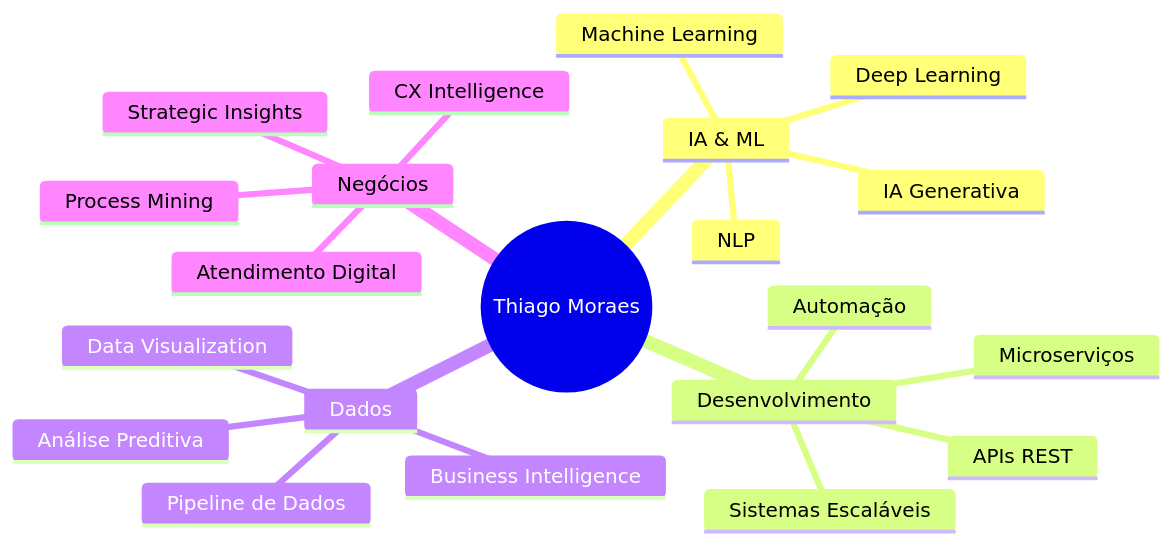
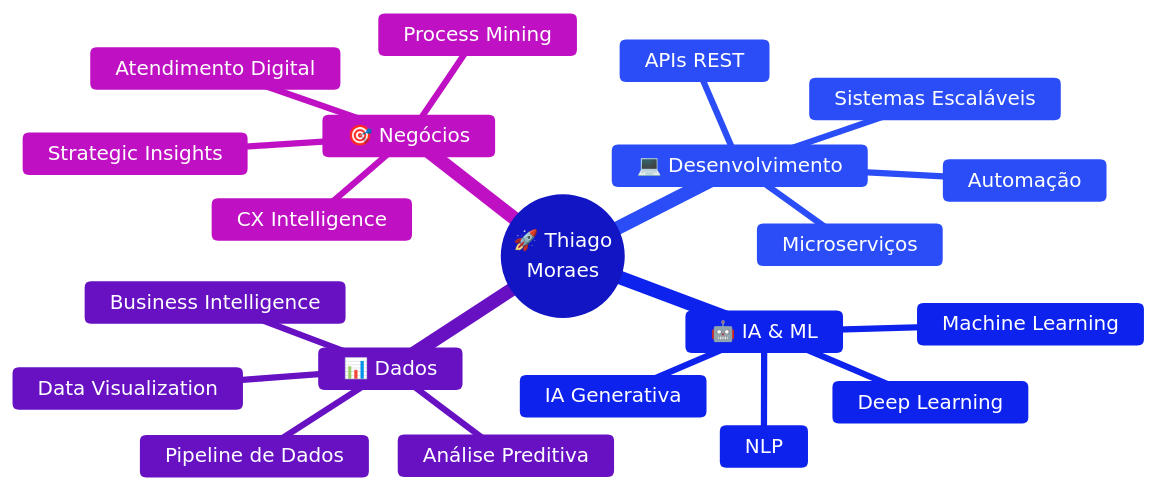
Before and after one commit to thiagolsmoraes/thiagolsmoraes: the diagram in README.md, drawn with Mermaid. The commit also changed other lines of this file, not shown here.

````diff
--- a/README.md
+++ b/README.md
@@ -78,24 +64,25 @@
 ```mermaid
+%%{init: {'theme':'base', 'themeVariables': { 'primaryColor':'#6366F1','primaryTextColor':'#fff','primaryBorderColor':'#4F46E5','lineColor':'#818CF8','secondaryColor':'#818CF8','tertiaryColor':'#A5B4FC','fontSize':'16px'}}}%%
 mindmap
-  root((Thiago Moraes))
-    IA & ML
+  root((🚀 Thiago<br/>Moraes))
+    🤖 IA & ML
       IA Generativa
       Machine Learning
       Deep Learning
       NLP
-    Desenvolvimento
+    💻 Desenvolvimento
       Sistemas Escaláveis
       APIs REST
       Microserviços
       Automação
-    Dados
+    📊 Dados
       Pipeline de Dados
       Análise Preditiva
       Business Intelligence
       Data Visualization
-    Negócios
+    🎯 Negócios
       Atendimento Digital
       CX Intelligence
       Process Mining
       Strategic Insights
 ```
````
